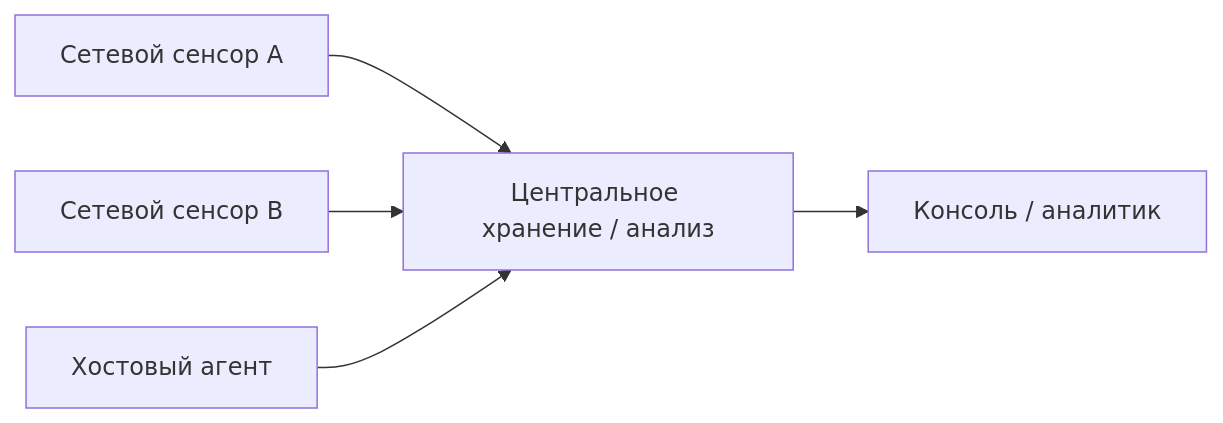
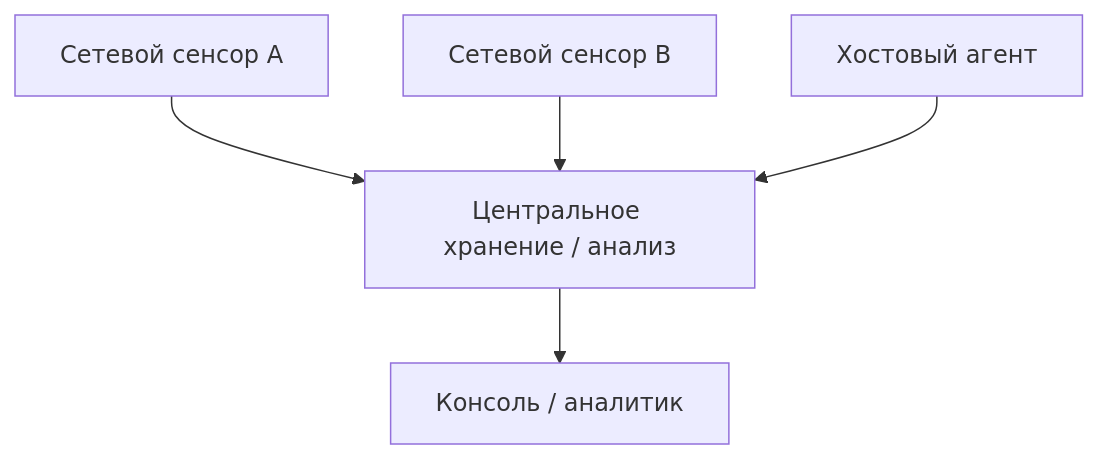
One commit to 11ndra/spvo changed the diagram in docs/course/08a-integration-context.md. Above: the diagram before and after it, drawn with Mermaid. The commit also changed 11 other files, not shown here.

````diff
--- a/docs/course/08a-integration-context.md
+++ b/docs/course/08a-integration-context.md
@@ -16,7 +16,10 @@
 ```mermaid
-flowchart LR
+flowchart TB
     S1["Сетевой сенсор A"] --> C["Центральное хранение / анализ"]
     S2["Сетевой сенсор B"] --> C
     H1["Хостовый агент"] --> C
     C --> K["Консоль / аналитик"]
+    class S1,S2,H1 mm-sensor
+    class C mm-analysis
+    class K mm-interpretation
 ```
````
